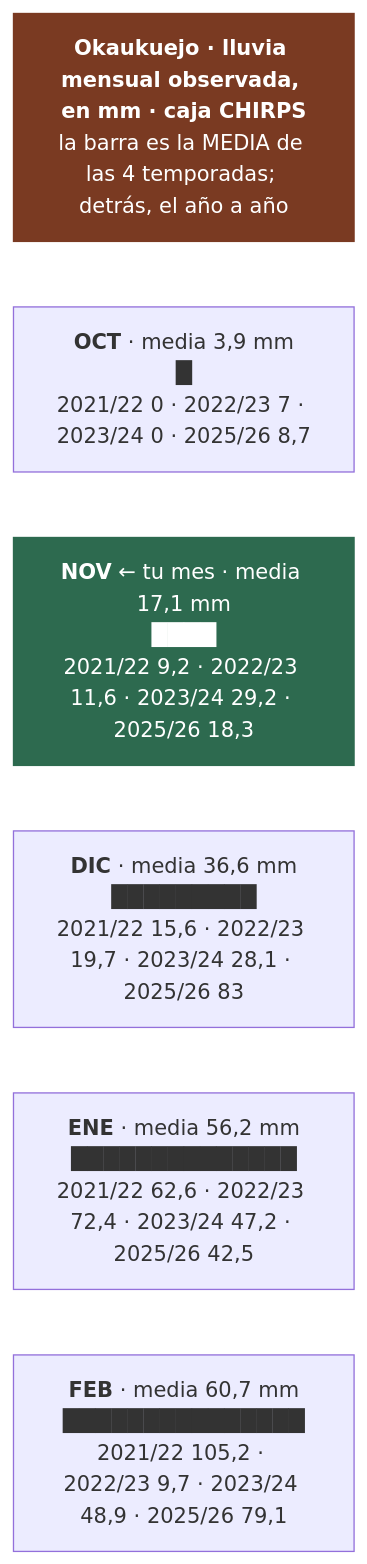
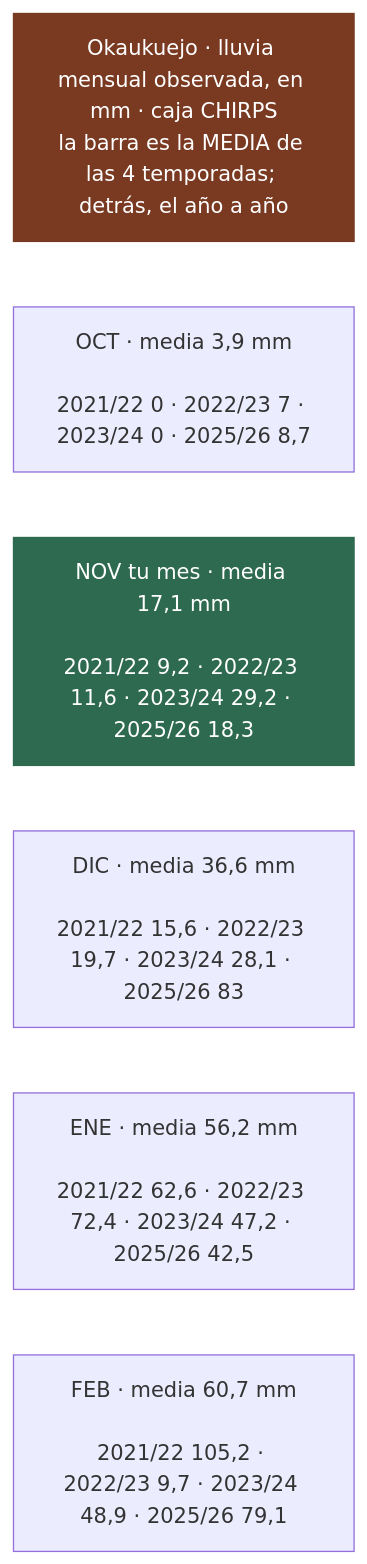
One commit to morandeirachema/namibia changed the third of 4 diagrams in 14-lluvias-historico.md. Above: the diagram before and after it, drawn with Mermaid. The commit also changed other lines of this file and 14 other files, not shown here.

Commit message:
Arreglar el renderizado de los diagramas en GitHub: fuera emojis, negritas y barras ASCII de dentro de los nodos, que descuadraban la medida y recortaban el texto

````diff
--- a/14-lluvias-historico.md
+++ b/14-lluvias-historico.md
@@ -76,16 +76,16 @@
 ```mermaid
 flowchart TD
-    T["<b>Okaukuejo · lluvia mensual observada, en mm · caja CHIRPS</b><br/>la barra es la MEDIA de las 4 temporadas; detrás, el año a año"]
-    n0["<b>OCT</b> · media 3,9 mm<br/>█<br/>2021/22 0 · 2022/23 7 · 2023/24 0 · 2025/26 8,7"]
-    n1["<b>NOV</b> ← tu mes · media 17,1 mm<br/>████<br/>2021/22 9,2 · 2022/23 11,6 · 2023/24 29,2 · 2025/26 18,3"]
-    n2["<b>DIC</b> · media 36,6 mm<br/>█████████<br/>2021/22 15,6 · 2022/23 19,7 · 2023/24 28,1 · 2025/26 83"]
-    n3["<b>ENE</b> · media 56,2 mm<br/>██████████████<br/>2021/22 62,6 · 2022/23 72,4 · 2023/24 47,2 · 2025/26 42,5"]
-    n4["<b>FEB</b> · media 60,7 mm<br/>███████████████<br/>2021/22 105,2 · 2022/23 9,7 · 2023/24 48,9 · 2025/26 79,1"]
+    T["Okaukuejo · lluvia mensual observada, en mm · caja CHIRPS<br/>la barra es la MEDIA de las 4 temporadas; detrás, el año a año"]
+    n0["OCT · media 3,9 mm<br/><br/>2021/22 0 · 2022/23 7 · 2023/24 0 · 2025/26 8,7"]
+    n1["NOV tu mes · media 17,1 mm<br/><br/>2021/22 9,2 · 2022/23 11,6 · 2023/24 29,2 · 2025/26 18,3"]
+    n2["DIC · media 36,6 mm<br/><br/>2021/22 15,6 · 2022/23 19,7 · 2023/24 28,1 · 2025/26 83"]
+    n3["ENE · media 56,2 mm<br/><br/>2021/22 62,6 · 2022/23 72,4 · 2023/24 47,2 · 2025/26 42,5"]
+    n4["FEB · media 60,7 mm<br/><br/>2021/22 105,2 · 2022/23 9,7 · 2023/24 48,9 · 2025/26 79,1"]
     T ~~~ n0
     n0 ~~~ n1
     n1 ~~~ n2
     n2 ~~~ n3
     n3 ~~~ n4
     style T fill:#7a3a22,color:#fff,stroke:#7a3a22
     style n1 fill:#2d6a4f,color:#fff,stroke:#2d6a4f
 ```
````
